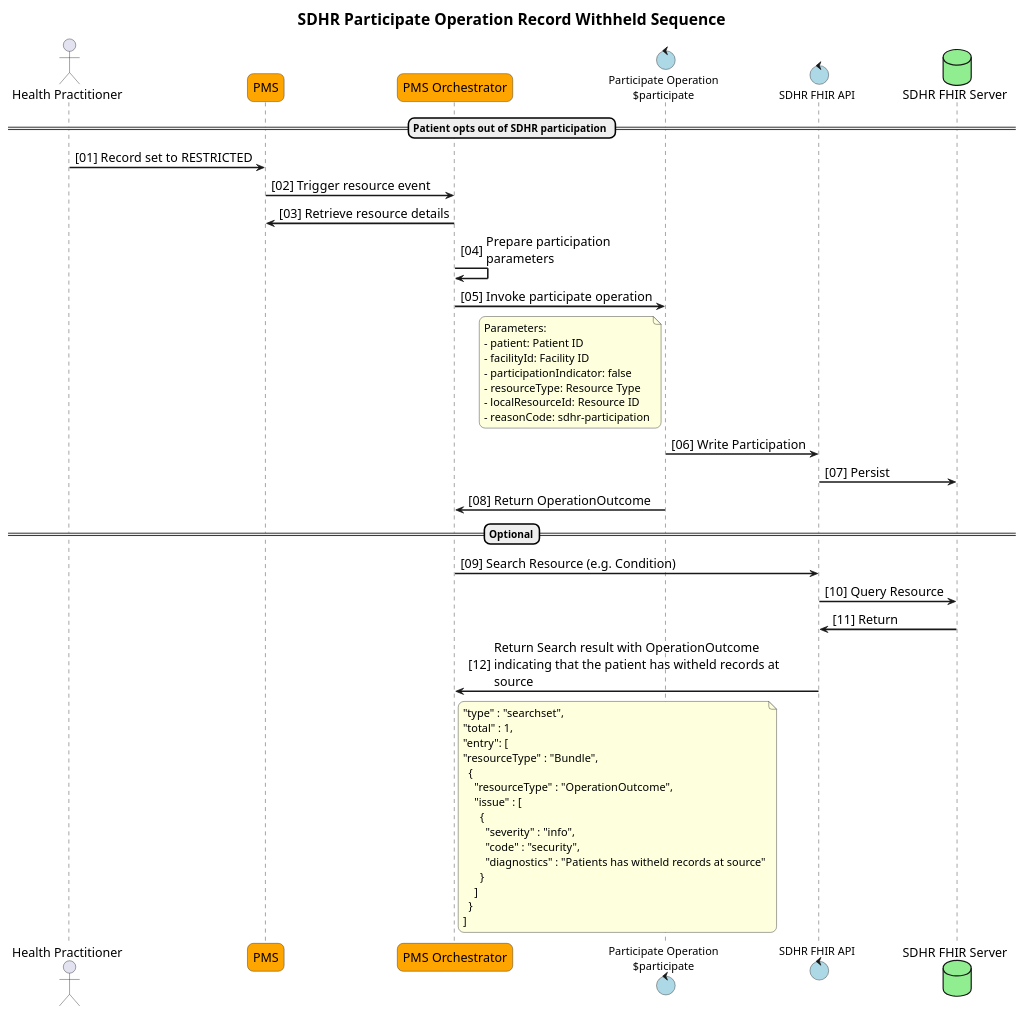
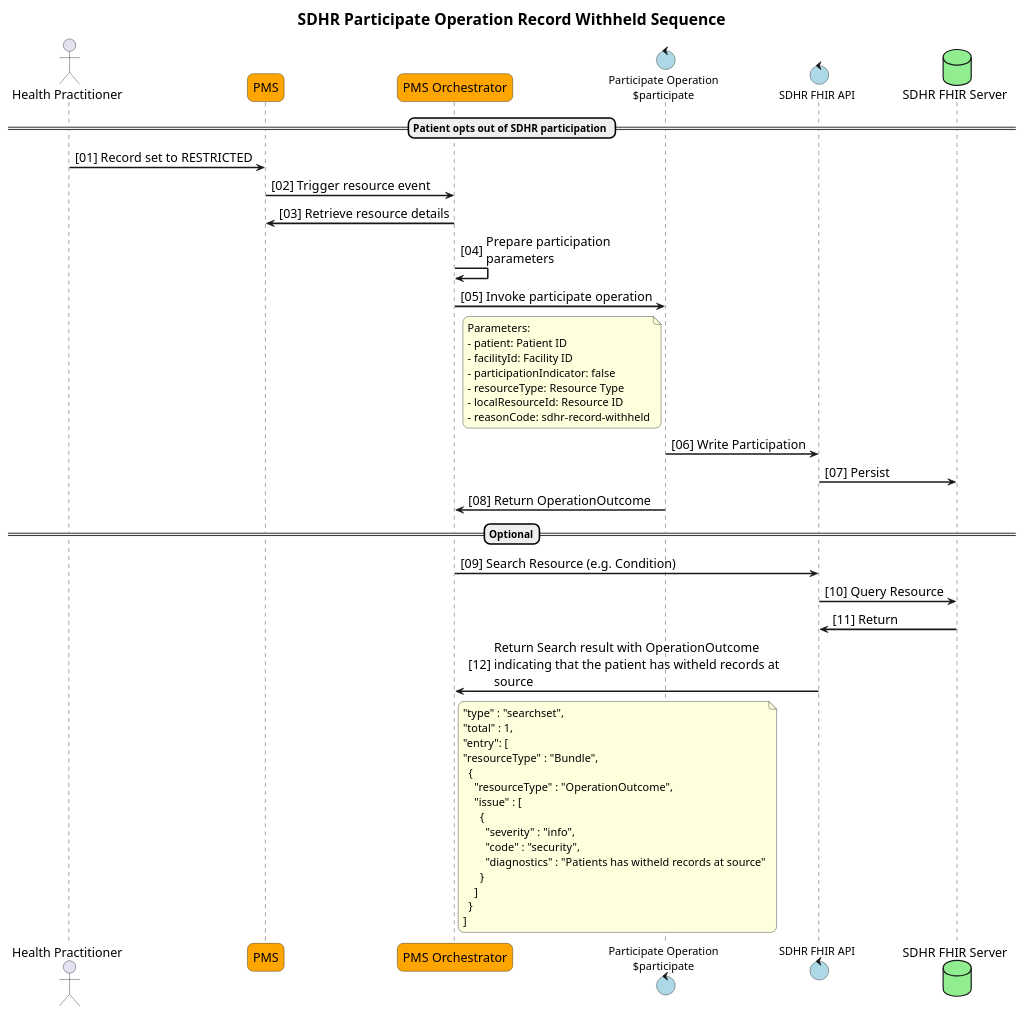
The diagram in input/images-source/participate-sequence-pmsrecordwithheld.plantuml (tewhatuora/fhir-sdhr), drawn with PlantUML before and after one commit.

Commit message:
update reasonCode

```diff
--- a/input/images-source/participate-sequence-pmsrecordwithheld.plantuml
+++ b/input/images-source/participate-sequence-pmsrecordwithheld.plantuml
@@ -1,82 +1,82 @@
 @startuml
 
 title SDHR Participate Operation Record Withheld Sequence
 
 autonumber "<color:Black>[00]"
 
 skinparam ActorFontSize 16
 skinparam ArrowFontSize 12
 skinparam ArrowFontSize 16
 skinparam BoxPadding 5
 skinparam DatabaseFontSize 16
 skinparam dpi 400
 skinparam EntityFontSize 16
 skinparam MaxMessageSize 375
 skinparam NoteFontSize 14
 skinparam ParticipantFontSize 16
 skinparam ParticipantPadding 5
 skinparam responseMessageBelowArrow true
 skinparam roundcorner 15
 skinparam sequenceArrowThickness 2
 skinparam SequenceBoxFontSize 16
 skinparam sequencegroupfontsize 14
 skinparam SequenceMessageAlignment left
 skinparam sequenceStyle uml2
 skinparam TitleFontSize 20
 ' semi-transparent sequence groups!
 ' see https://sarafian.github.io/tips/2021/03/11/plantuml-tips-tricks-1.html#:~:text=responseMessageBelowArrow-,Semi,-transparent%20group%20backgrounds
 skinparam SequenceGroupBodyBackgroundColor #EEEEFF50
 
 scale max 400 width
 scale 300*500
 
 actor "Health Practitioner" as USER
 participant "PMS" as APIC #Orange
 participant "PMS Orchestrator" as ORCHESTRATOR #Orange
 control "Participate Operation\n$participate" as PARTICIPATE #LightBlue
 control "SDHR FHIR API" as FHIRAPI #LightBlue
 database "SDHR FHIR Server" as SDHR #LightGreen
 
 == Patient opts out of SDHR participation ==
 USER -> APIC : Record set to RESTRICTED
 APIC -> ORCHESTRATOR : Trigger resource event
 ORCHESTRATOR -> APIC : Retrieve resource details
 ORCHESTRATOR -> ORCHESTRATOR : Prepare participation\nparameters
 ORCHESTRATOR -> PARTICIPATE : Invoke participate operation
 note left of PARTICIPATE
   Parameters:
   - patient: Patient ID
   - facilityId: Facility ID
   - participationIndicator: false
   - resourceType: Resource Type
   - localResourceId: Resource ID
-  - reasonCode: sdhr-participation
+  - reasonCode: sdhr-record-withheld
 end note
 PARTICIPATE -> FHIRAPI : Write Participation
 FHIRAPI -> SDHR : Persist
 PARTICIPATE -> ORCHESTRATOR : Return OperationOutcome
 
 ==Optional==
 ORCHESTRATOR -> FHIRAPI : Search Resource (e.g. Condition)
 FHIRAPI -> SDHR : Query Resource
 SDHR -> FHIRAPI : Return
 FHIRAPI -> ORCHESTRATOR : Return Search result with OperationOutcome\nindicating that the patient has witheld records at source
 note right of ORCHESTRATOR
   "type" : "searchset",
   "total" : 1,
   "entry": [
   "resourceType" : "Bundle",
     {
       "resourceType" : "OperationOutcome",
       "issue" : [
         {
           "severity" : "info",
           "code" : "security",
           "diagnostics" : "Patients has witheld records at source"
         }
       ]
     }
   ]
 end note
 
 @enduml
```
